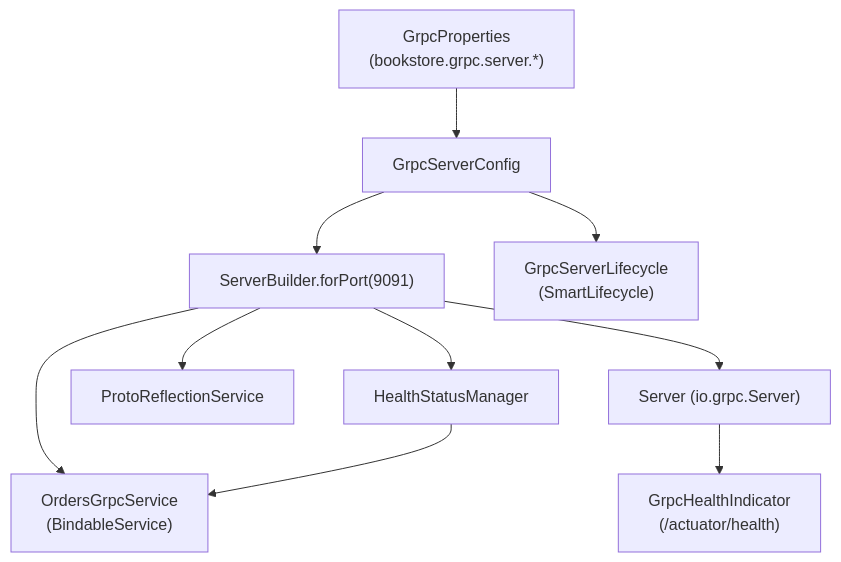
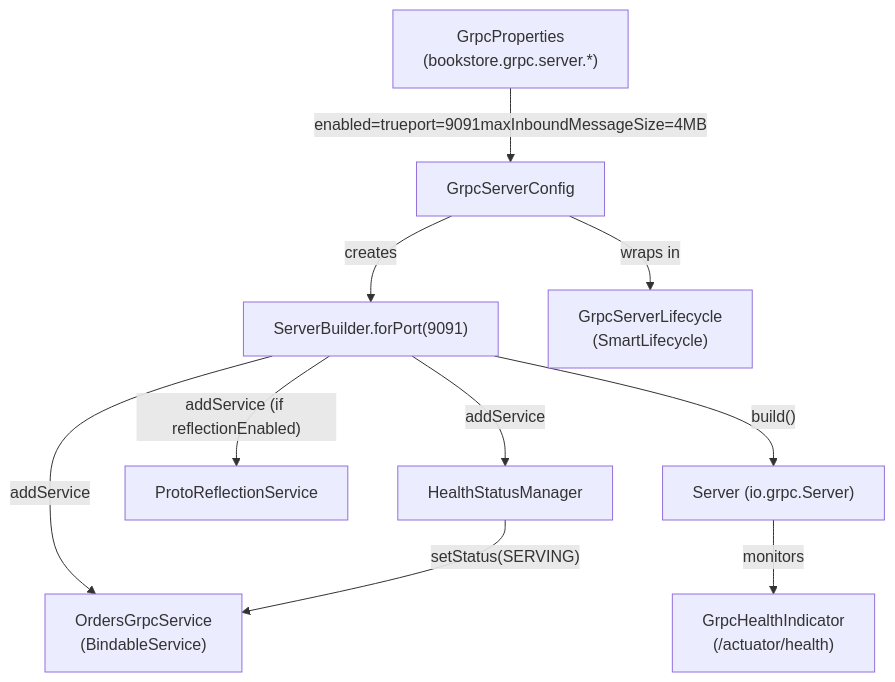
Before and after one commit to philipz/spring-modular-monolith: the first of 6 diagrams in docs/deepwiki/gRPC-Services-and-Protocol-Buffers.md, drawn with Mermaid. The commit also changed other lines of this file and 55 other files, not shown here.

````diff
--- a/docs/deepwiki/gRPC-Services-and-Protocol-Buffers.md
+++ b/docs/deepwiki/gRPC-Services-and-Protocol-Buffers.md
@@ -86,23 +86,23 @@
 ```mermaid
 flowchart TD
 
 GrpcProperties["GrpcProperties<br>(bookstore.grpc.server.*)"]
 GrpcServerConfig["GrpcServerConfig"]
 ServerBuilder["ServerBuilder.forPort(9091)"]
 HealthManager["HealthStatusManager"]
 OrdersGrpcService["OrdersGrpcService<br>(BindableService)"]
 ReflectionService["ProtoReflectionService"]
 GrpcServer["Server (io.grpc.Server)"]
 GrpcServerLifecycle["GrpcServerLifecycle<br>(SmartLifecycle)"]
 GrpcHealthIndicator["GrpcHealthIndicator<br>(/actuator/health)"]
 
-GrpcProperties --> GrpcServerConfig
-GrpcServerConfig --> ServerBuilder
-ServerBuilder --> HealthManager
-ServerBuilder --> OrdersGrpcService
-ServerBuilder --> ReflectionService
-ServerBuilder --> GrpcServer
-GrpcServerConfig --> GrpcServerLifecycle
-GrpcServer --> GrpcHealthIndicator
-HealthManager --> OrdersGrpcService
+GrpcProperties -->|"enabled=trueport=9091maxInboundMessageSize=4MB"| GrpcServerConfig
+GrpcServerConfig -->|"creates"| ServerBuilder
+ServerBuilder -->|"addService"| HealthManager
+ServerBuilder -->|"addService"| OrdersGrpcService
+ServerBuilder -->|"addService (if reflectionEnabled)"| ReflectionService
+ServerBuilder -->|"build()"| GrpcServer
+GrpcServerConfig -->|"wraps in"| GrpcServerLifecycle
+GrpcServer -->|"monitors"| GrpcHealthIndicator
+HealthManager -->|"setStatus(SERVING)"| OrdersGrpcService
 ```
````
